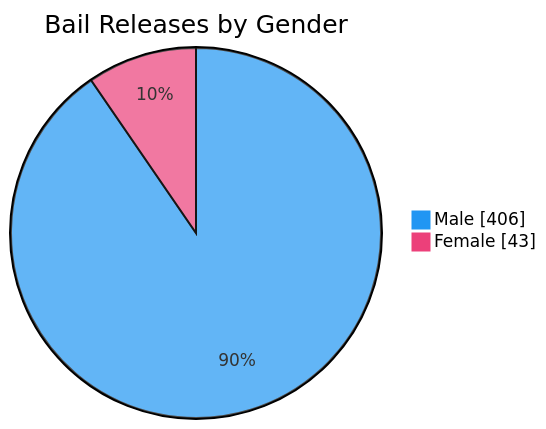
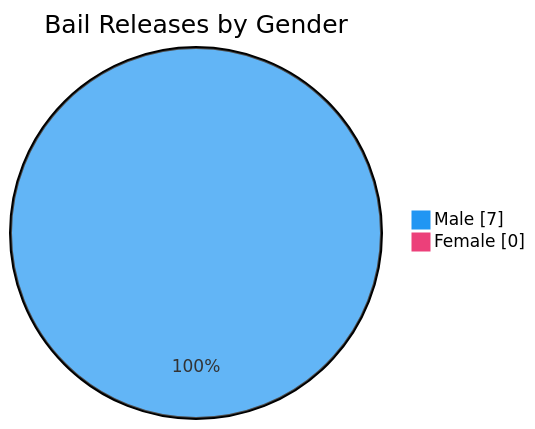
One commit to nuuuwan/lk_prisons changed the seventh of 7 diagrams in README.md. Above: the diagram before and after it, drawn with Mermaid. The commit also changed other lines of this file and 1 other file, not shown here.

````diff
--- a/README.md
+++ b/README.md
@@ -109,6 +109,6 @@
 ```mermaid
 %%{init: {'themeVariables': {'pie1': '#2196F3', 'pie2': '#EC407A'}}}%%
 pie showData title Bail Releases by Gender
-    "Male" : 406
-    "Female" : 43
+    "Male" : 7
+    "Female" : 0
 ```
````
